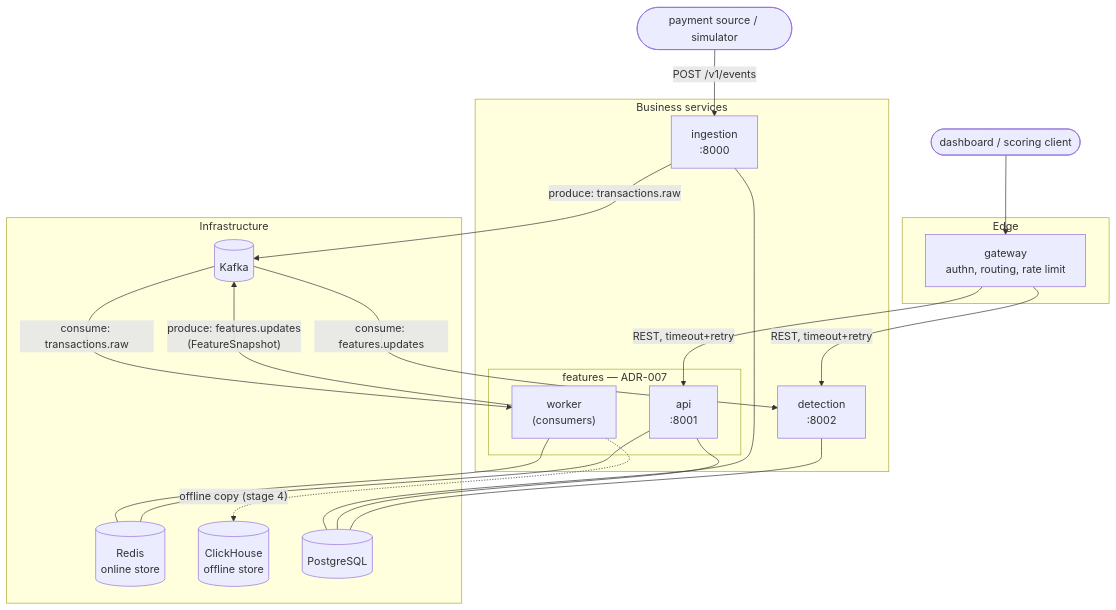
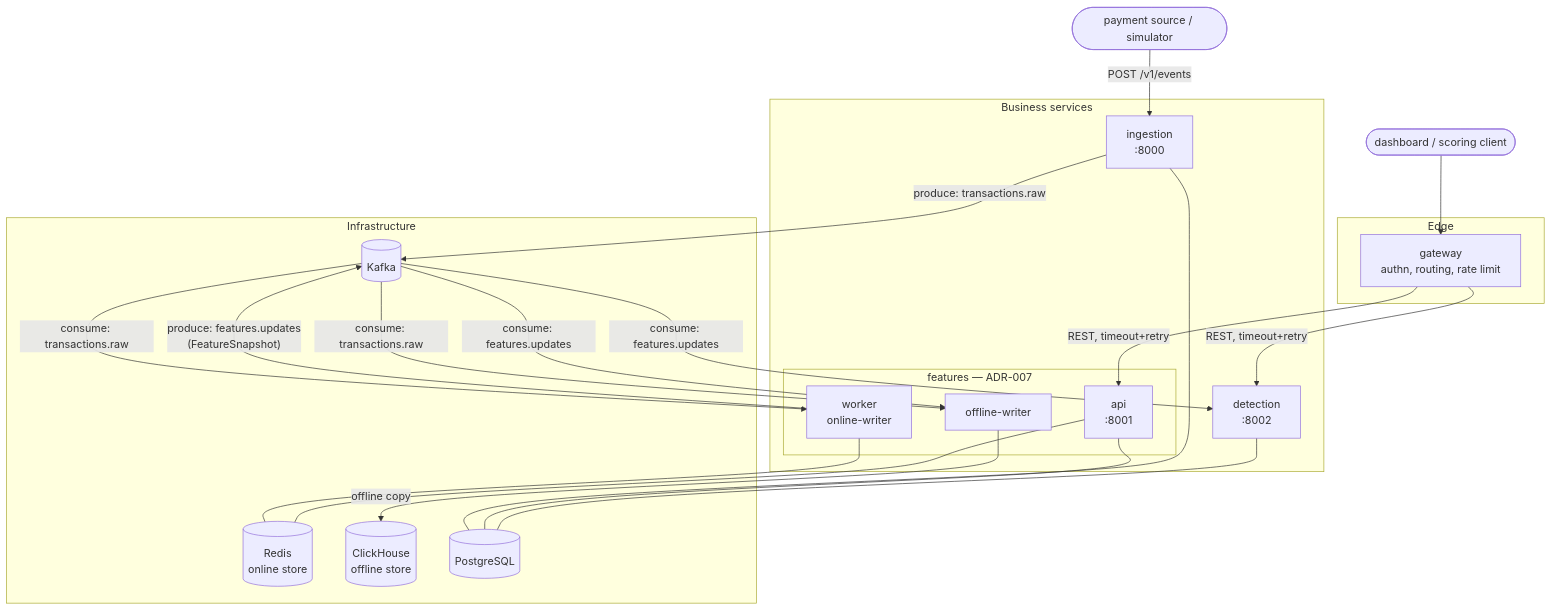
Before and after one commit to voiteshonok/FeatureStore: the first of 2 diagrams in docs/architecture.md, drawn with Mermaid. The commit also changed other lines of this file and 14 other files, not shown here.

Commit message:
feat: added offline writer service

````diff
--- a/docs/architecture.md
+++ b/docs/architecture.md
@@ -33,34 +33,37 @@
 ```mermaid
 flowchart TB
     subgraph edge [Edge]
         GW["gateway<br/>authn, routing, rate limit"]
     end
     subgraph core [Business services]
         ING["ingestion<br/>:8000"]
         subgraph feat [features — ADR-007]
-            FW["worker<br/>(consumers)"]
+            FW["worker<br/>online-writer"]
+            FO["offline-writer"]
             FA["api<br/>:8001"]
         end
         DET["detection<br/>:8002"]
     end
     subgraph infra [Infrastructure]
         K[(Kafka)]
         R[(Redis<br/>online store)]
         CH[(ClickHouse<br/>offline store)]
         PG[(PostgreSQL)]
     end
     CLIENT([payment source / simulator]) -->|"POST /v1/events"| ING
     DASH([dashboard / scoring client]) --> GW
     GW -->|"REST, timeout+retry"| FA
     GW -->|"REST, timeout+retry"| DET
     ING -->|"produce: transactions.raw"| K
     K -->|"consume: transactions.raw"| FW
+    K -->|"consume: transactions.raw"| FO
     FW -->|"produce: features.updates<br/>(FeatureSnapshot)"| K
     K -->|"consume: features.updates"| DET
+    K -->|"consume: features.updates"| FO
     ING --- PG
     FW --- R
     FA --- R
-    FW -.->|"offline copy (stage 4)"| CH
+    FO -->|"offline copy"| CH
     FA --- PG
     DET --- PG
 ```
````
